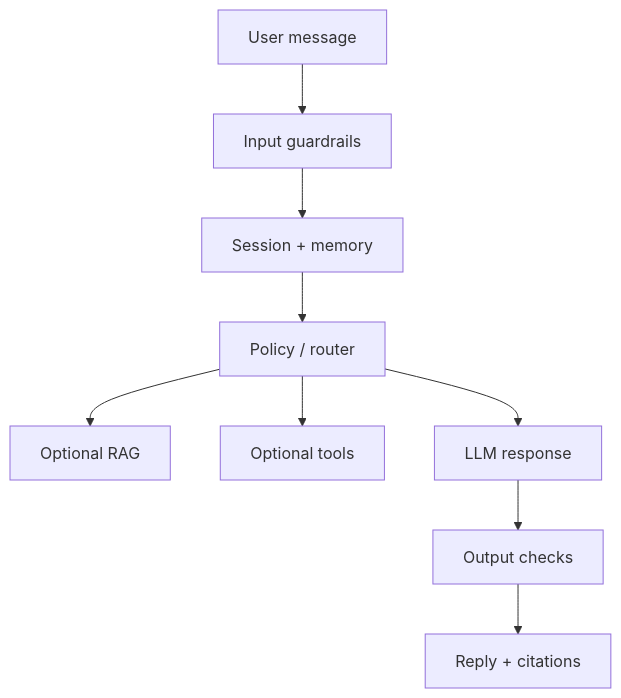
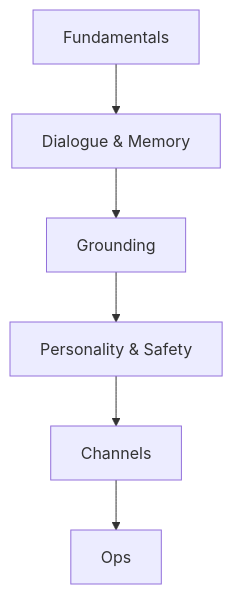
The diagram in domains/chatbots/README.md (abdulsamad183/ai-engineering-playbook), drawn with Mermaid before and after one commit. The commit also changed other lines of this file and 541 other files, not shown here.

````diff
--- a/domains/chatbots/README.md
+++ b/domains/chatbots/README.md
@@ -18,11 +23,8 @@
 ```mermaid
 flowchart TB
-  User[User message] --> Guard[Input guardrails]
-  Guard --> State[Session + memory]
-  State --> Brain[Policy / router]
-  Brain --> RAG[Optional RAG]
-  Brain --> Tools[Optional tools]
-  Brain --> LLM[LLM response]
-  LLM --> OutGuard[Output checks]
-  OutGuard --> Reply[Reply + citations]
+  F[Fundamentals] --> D[Dialogue & Memory]
+  D --> G[Grounding]
+  G --> P[Personality & Safety]
+  P --> C[Channels]
+  C --> O[Ops]
 ```
````
